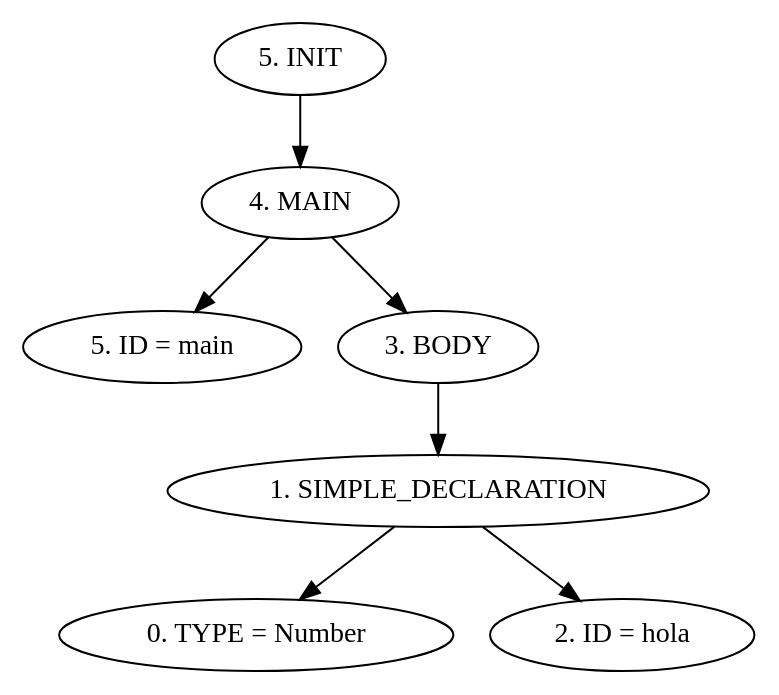
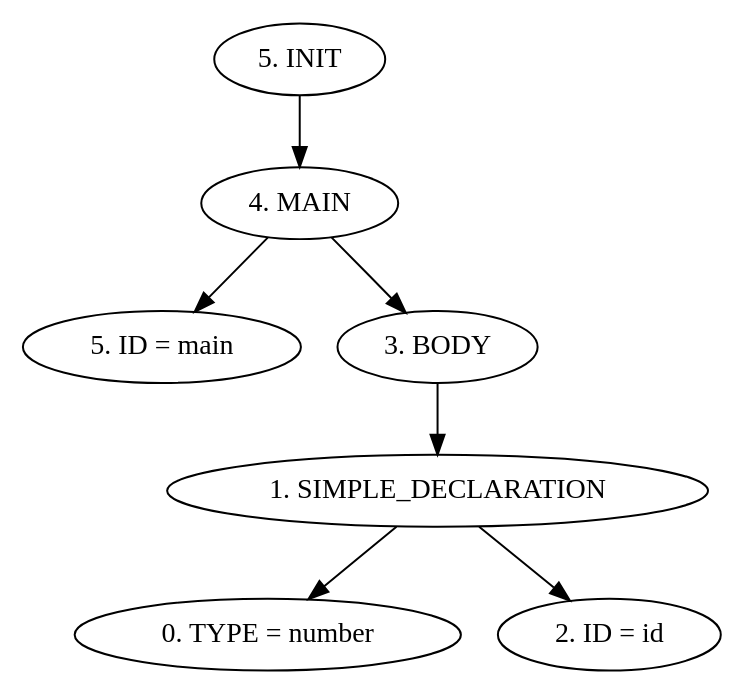
The diagram in src/AST/AST.dot (Carlosvhz/compiladores_proyecto), drawn with Graphviz before and after one commit. The commit also changed 6 other files, not shown here.

```diff
--- a/src/AST/AST.dot
+++ b/src/AST/AST.dot
@@ -1,10 +1,10 @@
 digraph G {
 "5. INIT"->"4. MAIN"
 "4. MAIN"->"5. ID = main"
 "4. MAIN"->"3. BODY"
 "3. BODY"->"1. SIMPLE_DECLARATION"
-"1. SIMPLE_DECLARATION"->"0. TYPE = Number"
-"1. SIMPLE_DECLARATION"->"2. ID = hola"
+"1. SIMPLE_DECLARATION"->"0. TYPE = number"
+"1. SIMPLE_DECLARATION"->"2. ID = id"
 
 
 }
```
